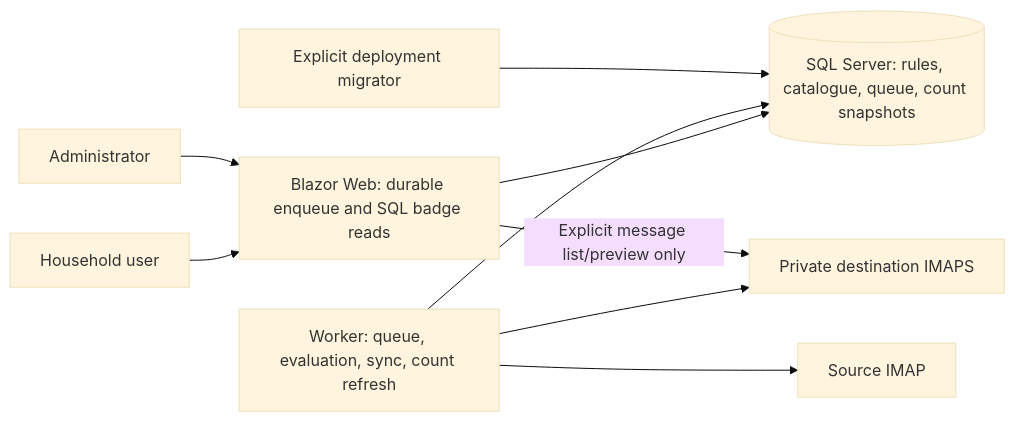
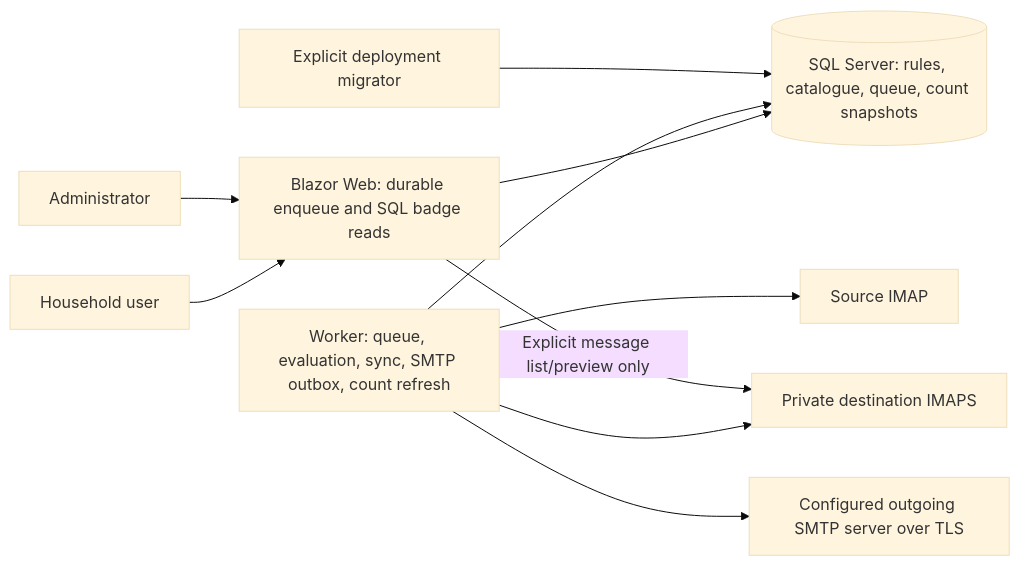
One commit to clintonfrankland/mail-winnow changed the first of 3 diagrams in README.md. Above: the diagram before and after it, drawn with Mermaid (base theme). The commit also changed other lines of this file and 40 other files, not shown here.

Commit message:
Add reusable reply composer and durable SMTP outbox; fix mailbox edit dialogs

````diff
--- a/README.md
+++ b/README.md
@@ -9,11 +9,12 @@
 ```mermaid
 flowchart LR
     User[Household user] --> Web[Blazor Web: durable enqueue and SQL badge reads]
     Admin[Administrator] --> Web
     Web --> SQL[(SQL Server: rules, catalogue, queue, count snapshots)]
-    Worker[Worker: queue, evaluation, sync, count refresh] --> SQL
+    Worker[Worker: queue, evaluation, sync, SMTP outbox, count refresh] --> SQL
     Worker --> Source[Source IMAP]
+    Worker --> SMTP[Configured outgoing SMTP server over TLS]
     Worker --> Destination[Private destination IMAPS]
     Web -->|Explicit message list/preview only| Destination
     Migrator[Explicit deployment migrator] --> SQL
 ```
````
